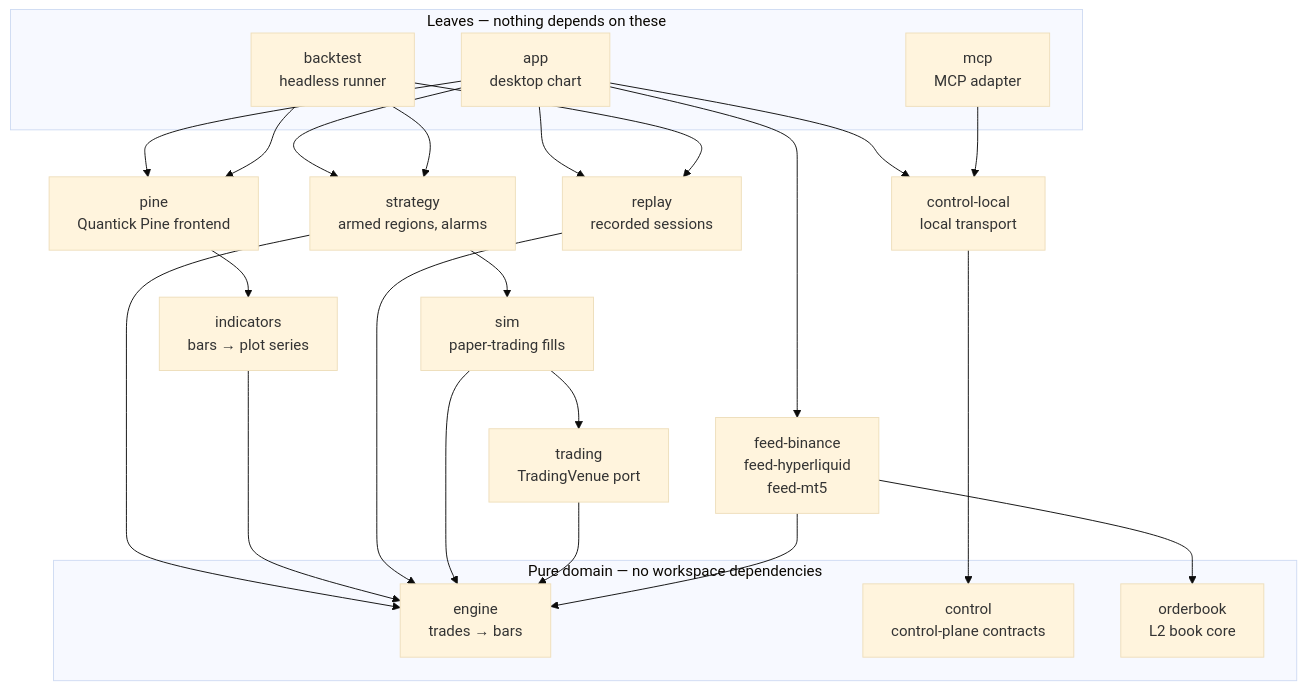
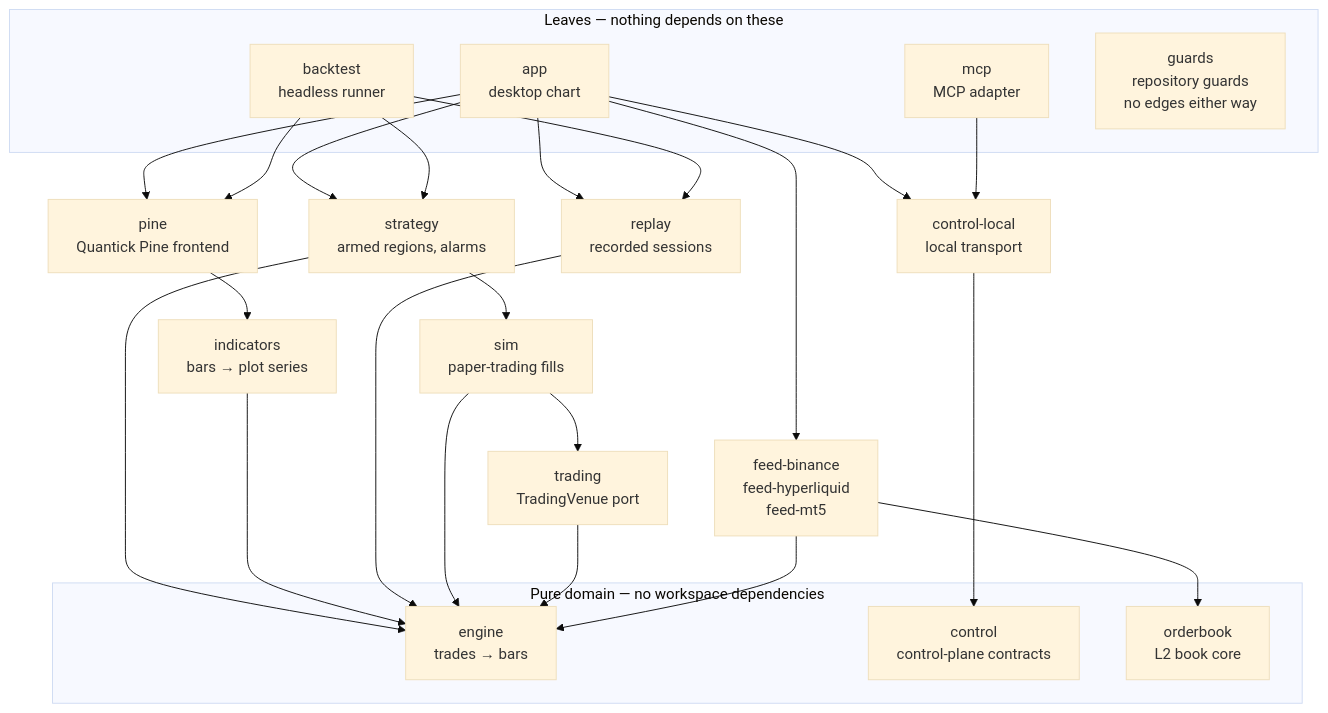
One commit to milocaetano/quantick changed the diagram in AGENTS.md. Above: the diagram before and after it, drawn with Mermaid (base theme). The commit also changed 7 other files, not shown here.

````diff
--- a/AGENTS.md
+++ b/AGENTS.md
@@ -107,36 +107,37 @@
 ```mermaid
 graph TD
   subgraph leaves["Leaves — nothing depends on these"]
     app["app<br/>desktop chart"]
     backtest["backtest<br/>headless runner"]
     mcp["mcp<br/>MCP adapter"]
+    guards["guards<br/>repository guards<br/>no edges either way"]
   end
 
   app --> pine
   app --> strategy
   app --> replay
   app --> feeds
   app --> controllocal
   backtest --> strategy
   backtest --> pine
   backtest --> replay
   mcp --> controllocal
 
   pine["pine<br/>Quantick Pine frontend"] --> indicators
   strategy["strategy<br/>armed regions, alarms"] --> sim
   strategy --> engine
   controllocal["control-local<br/>local transport"] --> control
   indicators["indicators<br/>bars → plot series"] --> engine
   replay["replay<br/>recorded sessions"] --> engine
   sim["sim<br/>paper-trading fills"] --> trading
   sim --> engine
   trading["trading<br/>TradingVenue port"] --> engine
   feeds["feed-binance<br/>feed-hyperliquid<br/>feed-mt5"] --> engine
   feeds --> orderbook
 
   subgraph pure["Pure domain — no workspace dependencies"]
     engine["engine<br/>trades → bars"]
     orderbook["orderbook<br/>L2 book core"]
     control["control<br/>control-plane contracts"]
   end
 ```
````
